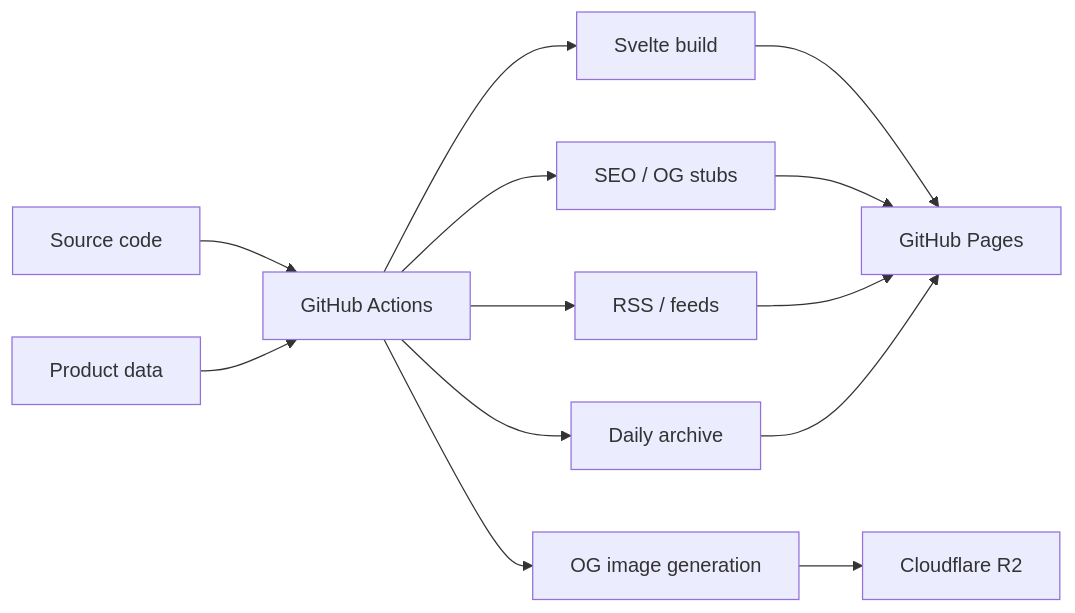
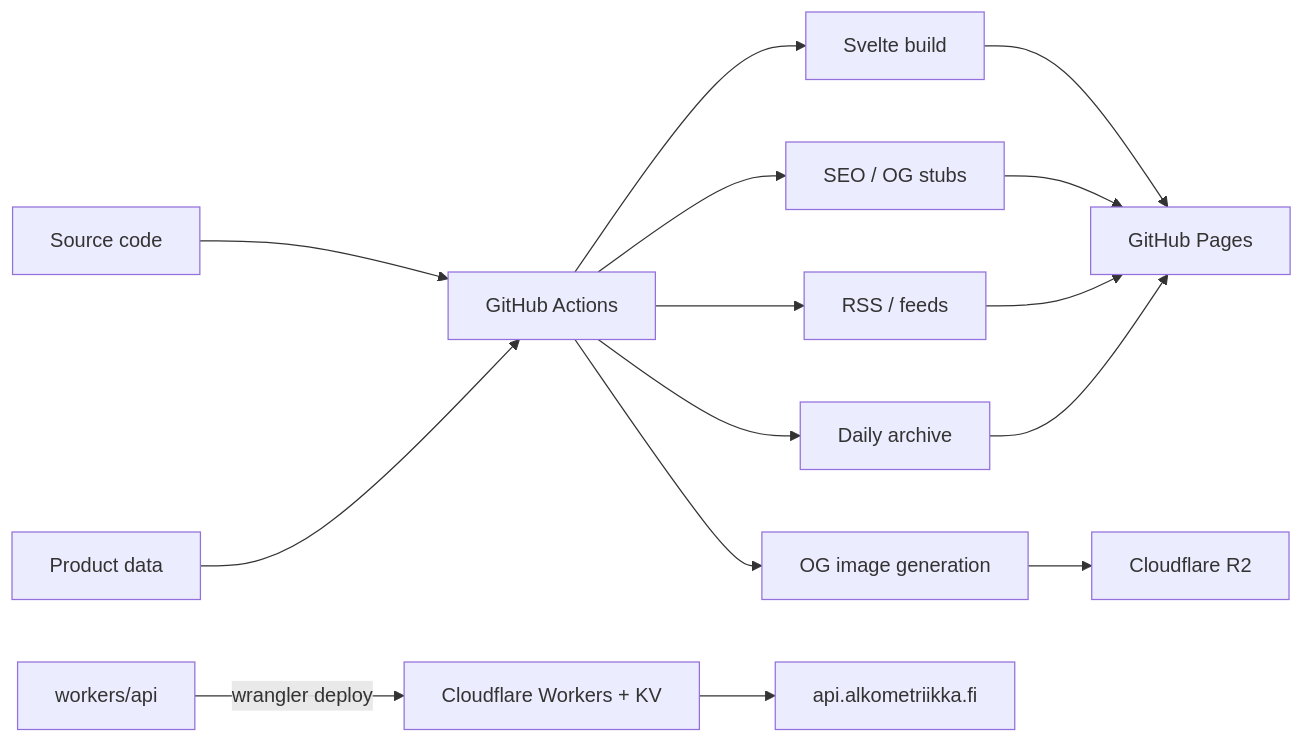
Before and after one commit to leevilaukka/alkometriikka: the second of 2 diagrams in README.md, drawn with Mermaid. The commit also changed other lines of this file, not shown here.

Commit message:
docs: describe API worker in readme

````diff
--- a/README.md
+++ b/README.md
@@ -64,17 +66,20 @@
 ```mermaid
 flowchart LR
     A[Source code] --> B[GitHub Actions]
     C[Product data] --> B
 
     B --> D[Svelte build]
     B --> E[SEO / OG stubs]
     B --> F[RSS / feeds]
     B --> G[Daily archive]
     B --> H[OG image generation]
 
     D --> I[GitHub Pages]
     E --> I
     F --> I
     G --> I
     H --> J[Cloudflare R2]
+
+    K[workers/api] -->|wrangler deploy| L[Cloudflare Workers + KV]
+    L --> M[api.alkometriikka.fi]
 ```
````
